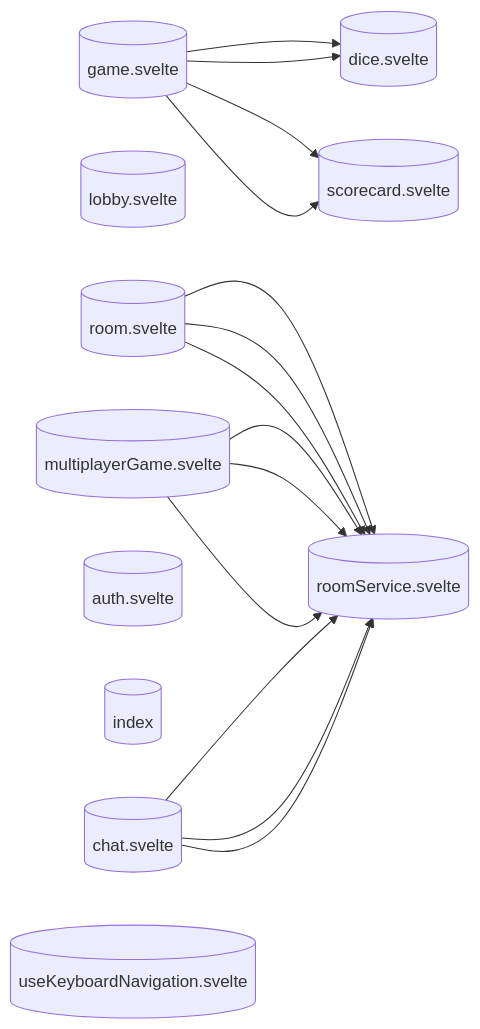
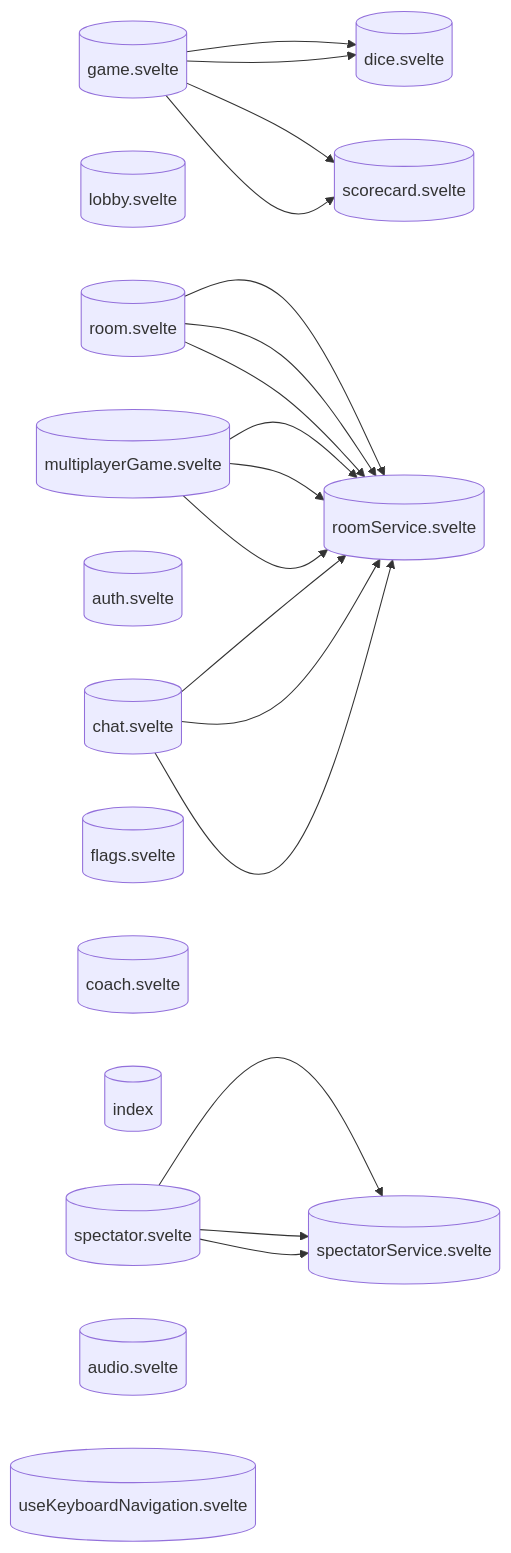
One commit to verlyn13/dicee changed the diagram in docs/architecture/akg/diagrams/STORE_DEPENDENCIES.md. Above: the diagram before and after it, drawn with Mermaid. The commit also changed other lines of this file and 8 other files, not shown here.

First line of the commit message:
fix: Regenerate AKG diagrams with fresh discovery

````diff
--- a/docs/architecture/akg/diagrams/STORE_DEPENDENCIES.md
+++ b/docs/architecture/akg/diagrams/STORE_DEPENDENCIES.md
@@ -13,28 +13,36 @@
 ```mermaid
 flowchart LR
     store__game_svelte__tores_game_svelte_ts[("game.svelte")]
     store__lobby_svelte__ores_lobby_svelte_t[("lobby.svelte")]
     store__room_svelte__tores_room_svelte_ts[("room.svelte")]
     store__multiplayerGame_svelte__playerGam[("multiplayerGame.svelte")]
     store__scorecard_svelte___scorecard_svel[("scorecard.svelte")]
     store__dice_svelte__tores_dice_svelte_ts[("dice.svelte")]
     store__auth_svelte__tores_auth_svelte_ts[("auth.svelte")]
+    store__spectator_svelte___spectator_svel[("spectator.svelte")]
+    store__flags_svelte__ores_flags_svelte_t[("flags.svelte")]
+    store__coach_svelte__ores_coach_svelte_t[("coach.svelte")]
     store__index___lib_stores_index_ts[("index")]
     store__chat_svelte__tores_chat_svelte_ts[("chat.svelte")]
+    store__audio_svelte__ores_audio_svelte_t[("audio.svelte")]
     store__useKeyboardNavigation_svelte__Nav[("useKeyboardNavigation.svelte")]
+    store__spectatorService_svelte__torServi[("spectatorService.svelte")]
     store__roomService_svelte__oomService_sv[("roomService.svelte")]
 
     store__game_svelte__tores_game_svelte_ts --> store__dice_svelte__tores_dice_svelte_ts
     store__game_svelte__tores_game_svelte_ts --> store__scorecard_svelte___scorecard_svel
     store__game_svelte__tores_game_svelte_ts --> store__dice_svelte__tores_dice_svelte_ts
     store__game_svelte__tores_game_svelte_ts --> store__scorecard_svelte___scorecard_svel
     store__room_svelte__tores_room_svelte_ts --> store__roomService_svelte__oomService_sv
     store__room_svelte__tores_room_svelte_ts --> store__roomService_svelte__oomService_sv
     store__room_svelte__tores_room_svelte_ts --> store__roomService_svelte__oomService_sv
     store__multiplayerGame_svelte__playerGam --> store__roomService_svelte__oomService_sv
     store__multiplayerGame_svelte__playerGam --> store__roomService_svelte__oomService_sv
     store__multiplayerGame_svelte__playerGam --> store__roomService_svelte__oomService_sv
+    store__spectator_svelte___spectator_svel --> store__spectatorService_svelte__torServi
+    store__spectator_svelte___spectator_svel --> store__spectatorService_svelte__torServi
+    store__spectator_svelte___spectator_svel --> store__spectatorService_svelte__torServi
     store__chat_svelte__tores_chat_svelte_ts --> store__roomService_svelte__oomService_sv
     store__chat_svelte__tores_chat_svelte_ts --> store__roomService_svelte__oomService_sv
     store__chat_svelte__tores_chat_svelte_ts --> store__roomService_svelte__oomService_sv
 ```
````
